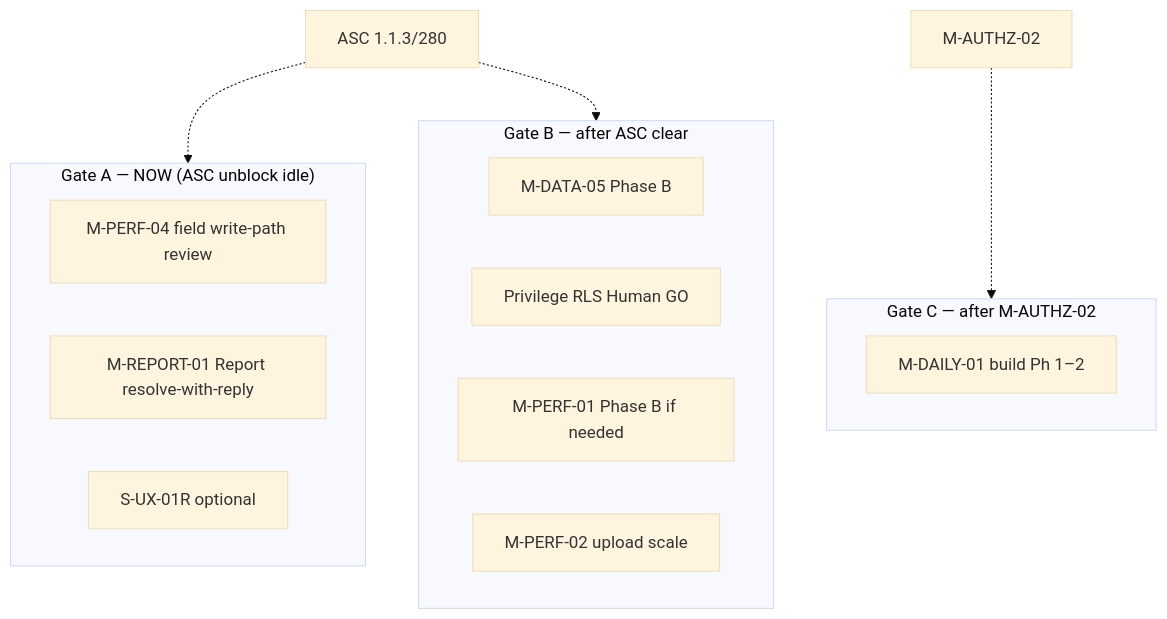
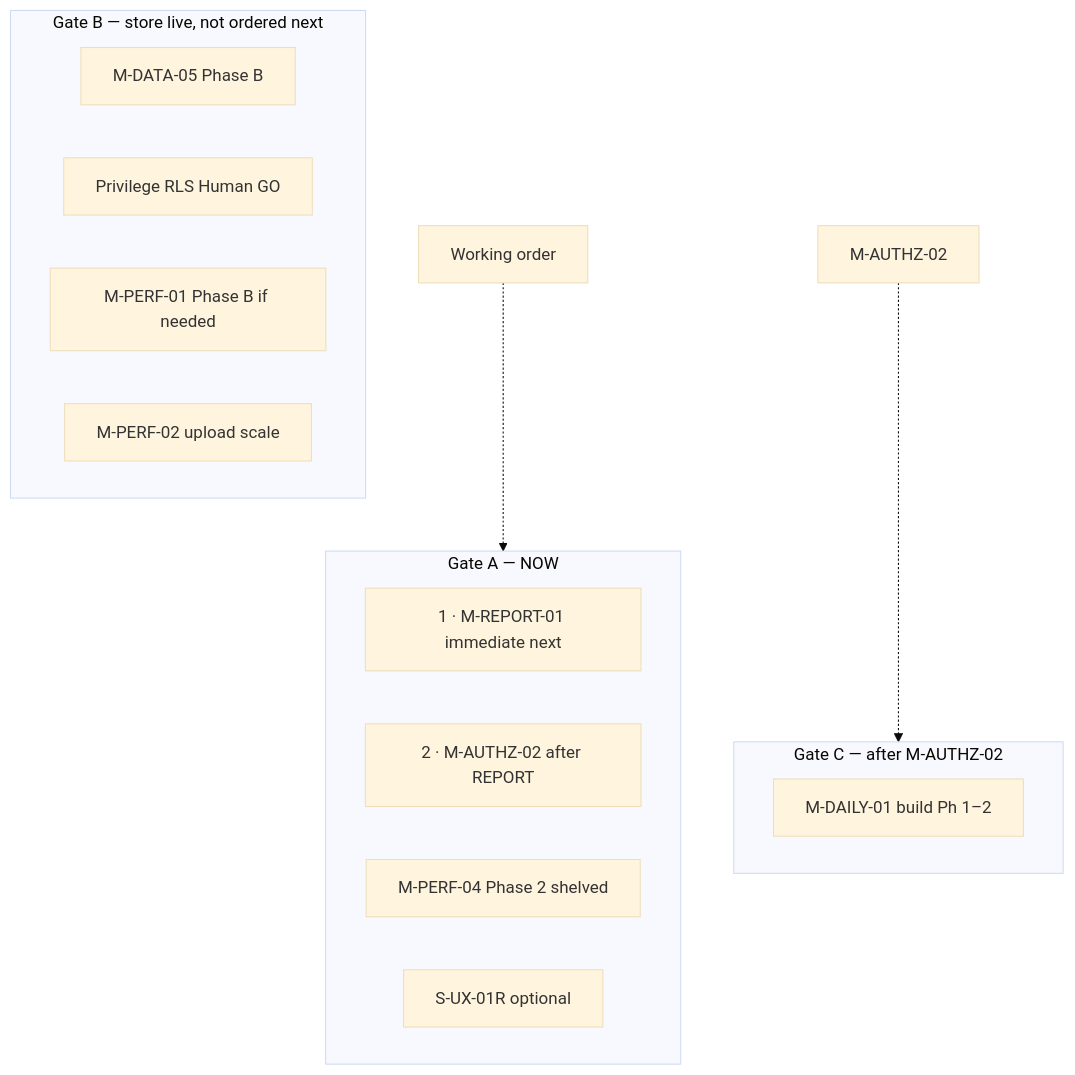
One commit to insitetechltd/buildtrack changed the second of 3 diagrams in documentation/ROADMAP.md. Above: the diagram before and after it, drawn with Mermaid (base theme). The commit also changed other lines of this file and 6 other files, not shown here.

````diff
--- a/documentation/ROADMAP.md
+++ b/documentation/ROADMAP.md
@@ -48,23 +56,23 @@
 ```mermaid
 flowchart TB
-  subgraph gateA ["Gate A — NOW (ASC unblock idle)"]
-    P04["M-PERF-04 field write-path review"]
-    REPORT["M-REPORT-01 Report resolve-with-reply"]
+  subgraph gateA ["Gate A — NOW"]
+    REPORT["1 · M-REPORT-01 immediate next"]
+    AUTHZ["2 · M-AUTHZ-02 after REPORT"]
+    P04["M-PERF-04 Phase 2 shelved"]
     UX01R["S-UX-01R optional"]
   end
 
-  subgraph gateB ["Gate B — after ASC clear"]
+  subgraph gateB ["Gate B — store live, not ordered next"]
     D05B["M-DATA-05 Phase B"]
     RLS["Privilege RLS Human GO"]
     P01B["M-PERF-01 Phase B if needed"]
     P02["M-PERF-02 upload scale"]
   end
 
   subgraph gateC ["Gate C — after M-AUTHZ-02"]
     DAILY["M-DAILY-01 build Ph 1–2"]
   end
 
-  ASC1["ASC 1.1.3/280"] -.-> gateA
-  ASC1 -.-> gateB
+  ORDER["Working order"] -.-> gateA
   A02["M-AUTHZ-02"] -.-> gateC
 ```
````
